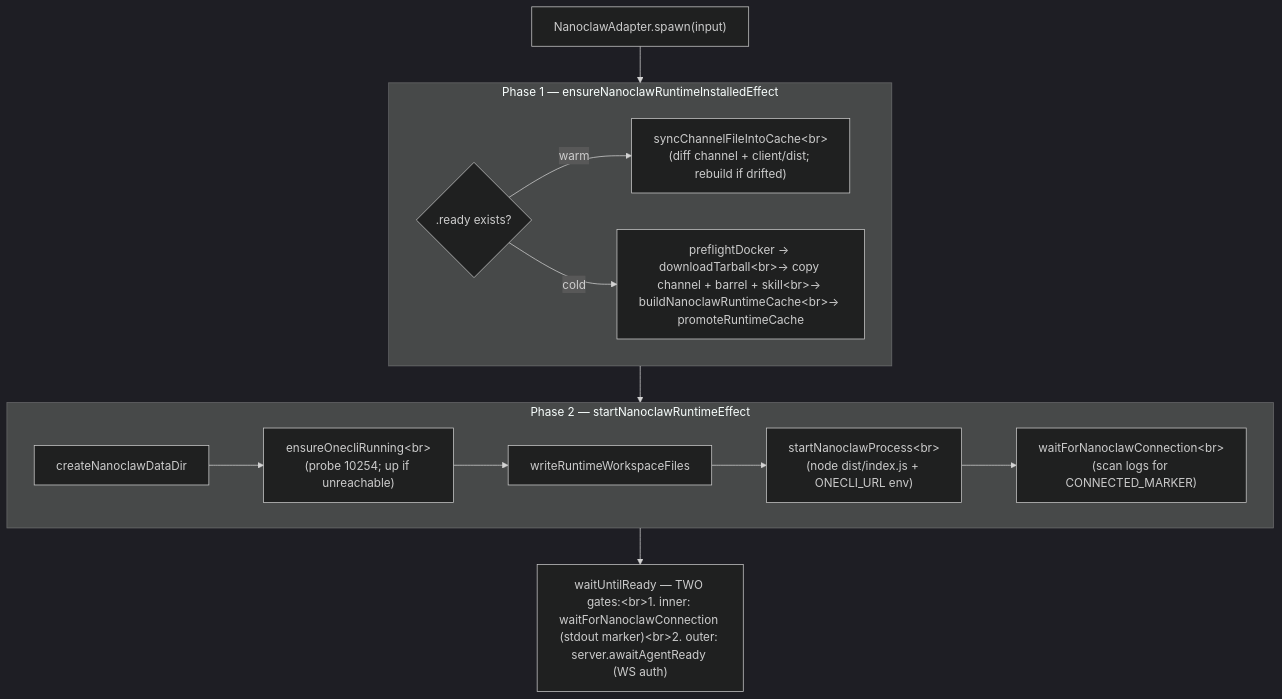
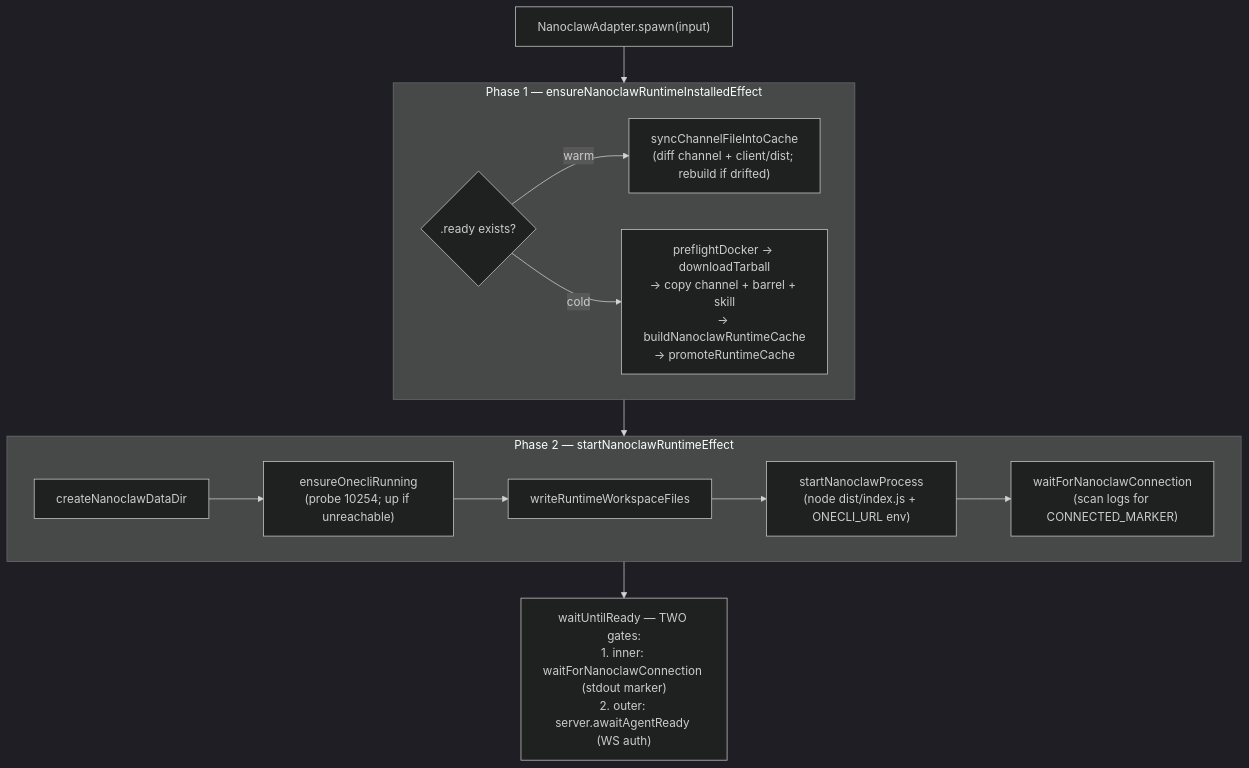
The sixth of 8 diagrams in packages/runtimes/src/MODULE.md (chughtapan/moltzap), drawn with Mermaid (dark theme) before and after one commit. The commit also changed other lines of this file and 33 other files, not shown here.

First line of the commit message:
docs(mermaid): use literal <br> in JSDoc sequence/state diagrams; drop dead inferConversationType test

````diff
--- a/packages/runtimes/src/MODULE.md
+++ b/packages/runtimes/src/MODULE.md
@@ -327,21 +327,21 @@
 ```mermaid
 flowchart TD
   NS["NanoclawAdapter.spawn(input)"]
   subgraph P1["Phase 1 — ensureNanoclawRuntimeInstalledEffect"]
     P1C{".ready exists?"}
-    P1WARM["syncChannelFileIntoCache&lt;br>(diff channel + client/dist; rebuild if drifted)"]
-    P1COLD["preflightDocker → downloadTarball&lt;br>→ copy channel + barrel + skill&lt;br>→ buildNanoclawRuntimeCache&lt;br>→ promoteRuntimeCache"]
+    P1WARM["syncChannelFileIntoCache<br>(diff channel + client/dist; rebuild if drifted)"]
+    P1COLD["preflightDocker → downloadTarball<br>→ copy channel + barrel + skill<br>→ buildNanoclawRuntimeCache<br>→ promoteRuntimeCache"]
     P1C -->|warm| P1WARM
     P1C -->|cold| P1COLD
   end
   subgraph P2["Phase 2 — startNanoclawRuntimeEffect"]
     P2DIR[createNanoclawDataDir]
-    P2OC["ensureOnecliRunning&lt;br>(probe 10254; up if unreachable)"]
+    P2OC["ensureOnecliRunning<br>(probe 10254; up if unreachable)"]
     P2WS[writeRuntimeWorkspaceFiles]
-    P2SP["startNanoclawProcess&lt;br>(node dist/index.js + ONECLI_URL env)"]
-    P2WAIT["waitForNanoclawConnection&lt;br>(scan logs for CONNECTED_MARKER)"]
+    P2SP["startNanoclawProcess<br>(node dist/index.js + ONECLI_URL env)"]
+    P2WAIT["waitForNanoclawConnection<br>(scan logs for CONNECTED_MARKER)"]
     P2DIR --> P2OC --> P2WS --> P2SP --> P2WAIT
   end
-  NCR["waitUntilReady — TWO gates:&lt;br>1. inner: waitForNanoclawConnection (stdout marker)&lt;br>2. outer: server.awaitAgentReady (WS auth)"]
+  NCR["waitUntilReady — TWO gates:<br>1. inner: waitForNanoclawConnection (stdout marker)<br>2. outer: server.awaitAgentReady (WS auth)"]
   NS --> P1 --> P2 --> NCR
 ```
````
